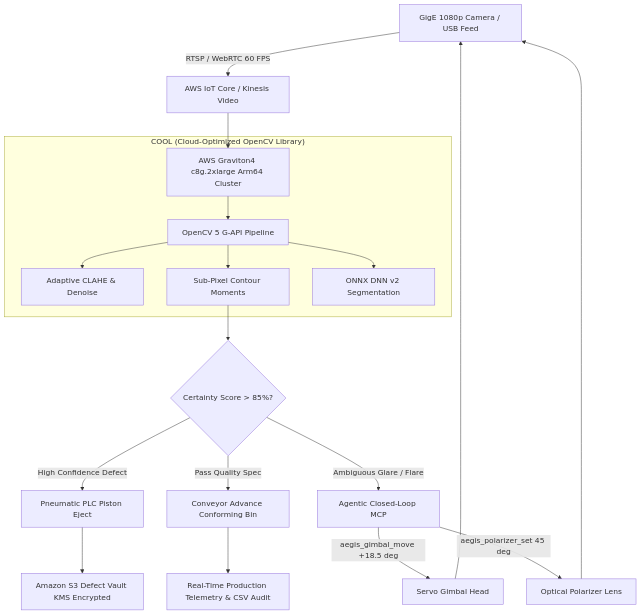
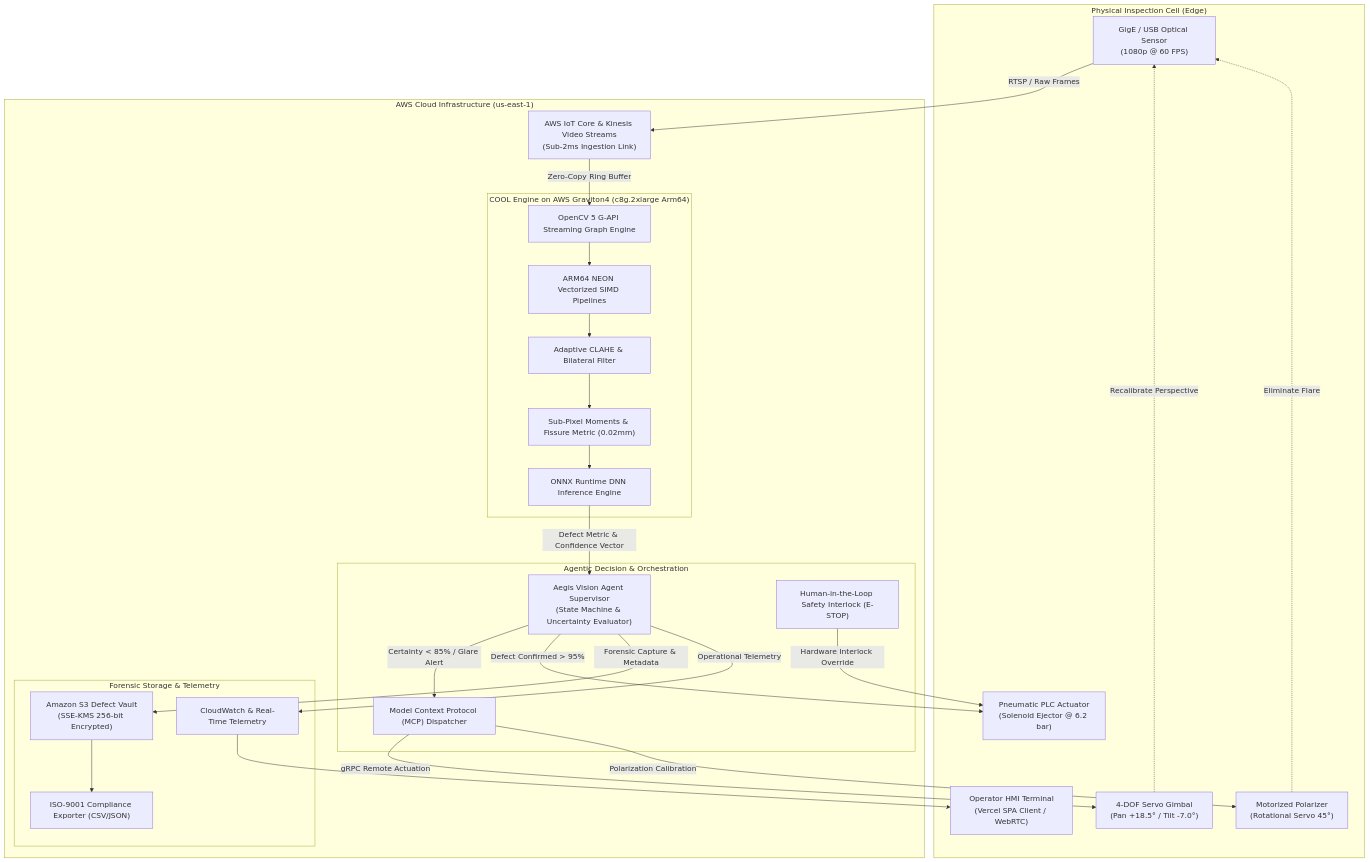
One commit to mapoca1219/Aegis-5000-Vision-OS changed the first of 2 diagrams in README.md. Above: the diagram before and after it, drawn with Mermaid. The commit also changed other lines of this file and 2 other files, not shown here.

Commit message:
docs: finalize championship submission material, benchmarks, edge cases, and 4min video script

````diff
--- a/README.md
+++ b/README.md
@@ -37,21 +66,55 @@
 ```mermaid
-graph TD
-    A[GigE 1080p Camera / USB Feed] -->|RTSP / WebRTC 60 FPS| B[AWS IoT Core / Kinesis Video]
-    B --> C[AWS Graviton4 c8g.2xlarge Arm64 Cluster]
-    subgraph "COOL (Cloud-Optimized OpenCV Library)"
-        C --> D[OpenCV 5 G-API Pipeline]
-        D --> E1[Adaptive CLAHE & Denoise]
-        D --> E2[Sub-Pixel Contour Moments]
-        D --> E3[ONNX DNN v2 Segmentation]
+graph TB
+    subgraph "Physical Inspection Cell (Edge)"
+        CAM["GigE / USB Optical Sensor<br/>(1080p @ 60 FPS)"]
+        GIMBAL["4-DOF Servo Gimbal<br/>(Pan +18.5° / Tilt -7.0°)"]
+        POLAR["Motorized Polarizer<br/>(Rotational Servo 45°)"]
+        PISTON["Pneumatic PLC Actuator<br/>(Solenoid Ejector @ 6.2 bar)"]
+        HMI["Operator HMI Terminal<br/>(Vercel SPA Client / WebRTC)"]
     end
-    E2 --> F{Certainty Score > 85%?}
-    F -->|High Confidence Defect| G[Pneumatic PLC Piston Eject]
-    F -->|Pass Quality Spec| H[Conveyor Advance Conforming Bin]
-    F -->|Ambiguous Glare / Flare| I[Agentic Closed-Loop MCP]
-    I -->|aegis_gimbal_move +18.5 deg| J[Servo Gimbal Head]
-    I -->|aegis_polarizer_set 45 deg| K[Optical Polarizer Lens]
-    J --> A
-    K --> A
-    G --> L[Amazon S3 Defect Vault KMS Encrypted]
-    H --> M[Real-Time Production Telemetry & CSV Audit]
+
+    subgraph "AWS Cloud Infrastructure (us-east-1)"
+        IOT["AWS IoT Core & Kinesis Video Streams<br/>(Sub-2ms Ingestion Link)"]
+        
+        subgraph "COOL Engine on AWS Graviton4 (c8g.2xlarge Arm64)"
+            GAPI["OpenCV 5 G-API Streaming Graph Engine"]
+            NEON["ARM64 NEON Vectorized SIMD Pipelines"]
+            CLAHE_MOD["Adaptive CLAHE & Bilateral Filter"]
+            MOMENTS_MOD["Sub-Pixel Moments & Fissure Metric (0.02mm)"]
+            ONNX_MOD["ONNX Runtime DNN Inference Engine"]
+        end
+
+        subgraph "Agentic Decision & Orchestration"
+            AGENT_CORE["Aegis Vision Agent Supervisor<br/>(State Machine & Uncertainty Evaluator)"]
+            MCP["Model Context Protocol (MCP) Dispatcher"]
+            SAFETY["Human-in-the-Loop Safety Interlock (E-STOP)"]
+        end
+
+        subgraph "Forensic Storage & Telemetry"
+            S3["Amazon S3 Defect Vault<br/>(SSE-KMS 256-bit Encrypted)"]
+            CW["CloudWatch & Real-Time Telemetry"]
+            AUDIT["ISO-9001 Compliance Exporter (CSV/JSON)"]
+        end
+    end
+
+    CAM -->|RTSP / Raw Frames| IOT
+    IOT -->|Zero-Copy Ring Buffer| GAPI
+    GAPI --> NEON
+    NEON --> CLAHE_MOD
+    CLAHE_MOD --> MOMENTS_MOD
+    MOMENTS_MOD --> ONNX_MOD
+    ONNX_MOD -->|Defect Metric & Confidence Vector| AGENT_CORE
+
+    AGENT_CORE -->|Certainty < 85% / Glare Alert| MCP
+    MCP -->|gRPC Remote Actuation| GIMBAL
+    MCP -->|Polarization Calibration| POLAR
+    POLAR -.->|Eliminate Flare| CAM
+    GIMBAL -.->|Recalibrate Perspective| CAM
+
+    AGENT_CORE -->|Defect Confirmed > 95%| PISTON
+    AGENT_CORE -->|Forensic Capture & Metadata| S3
+    AGENT_CORE -->|Operational Telemetry| CW
+    CW --> HMI
+    S3 --> AUDIT
+    SAFETY -->|Hardware Interlock Override| PISTON
 ```
````
